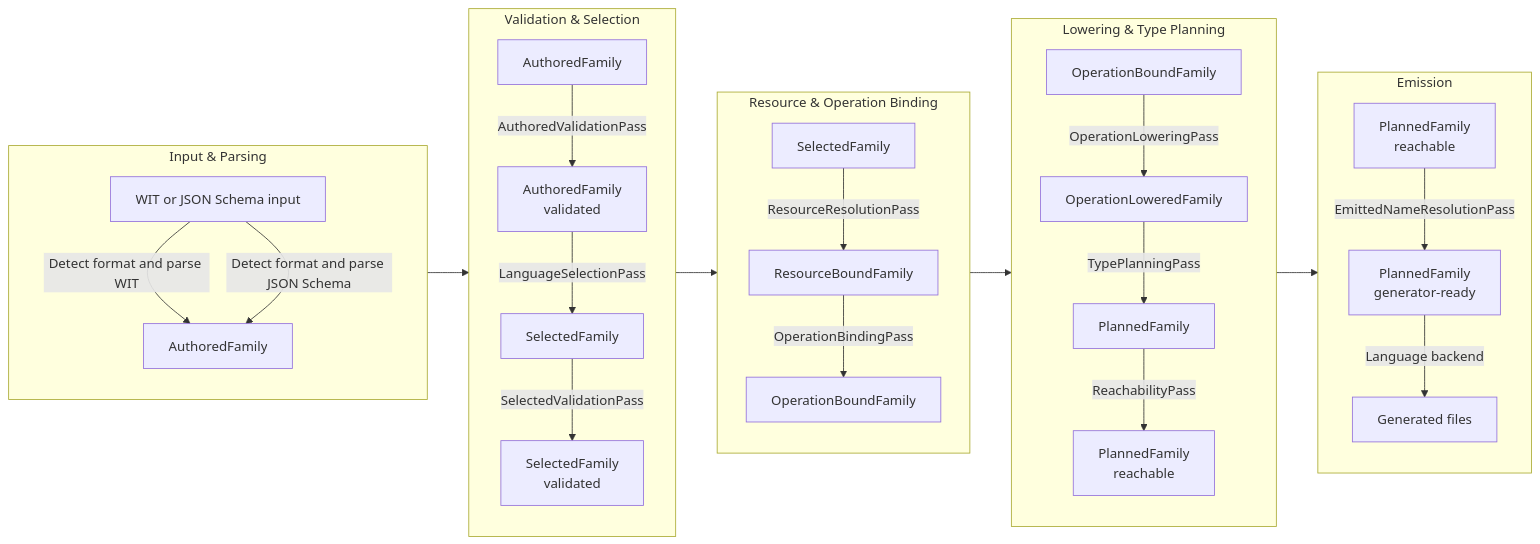
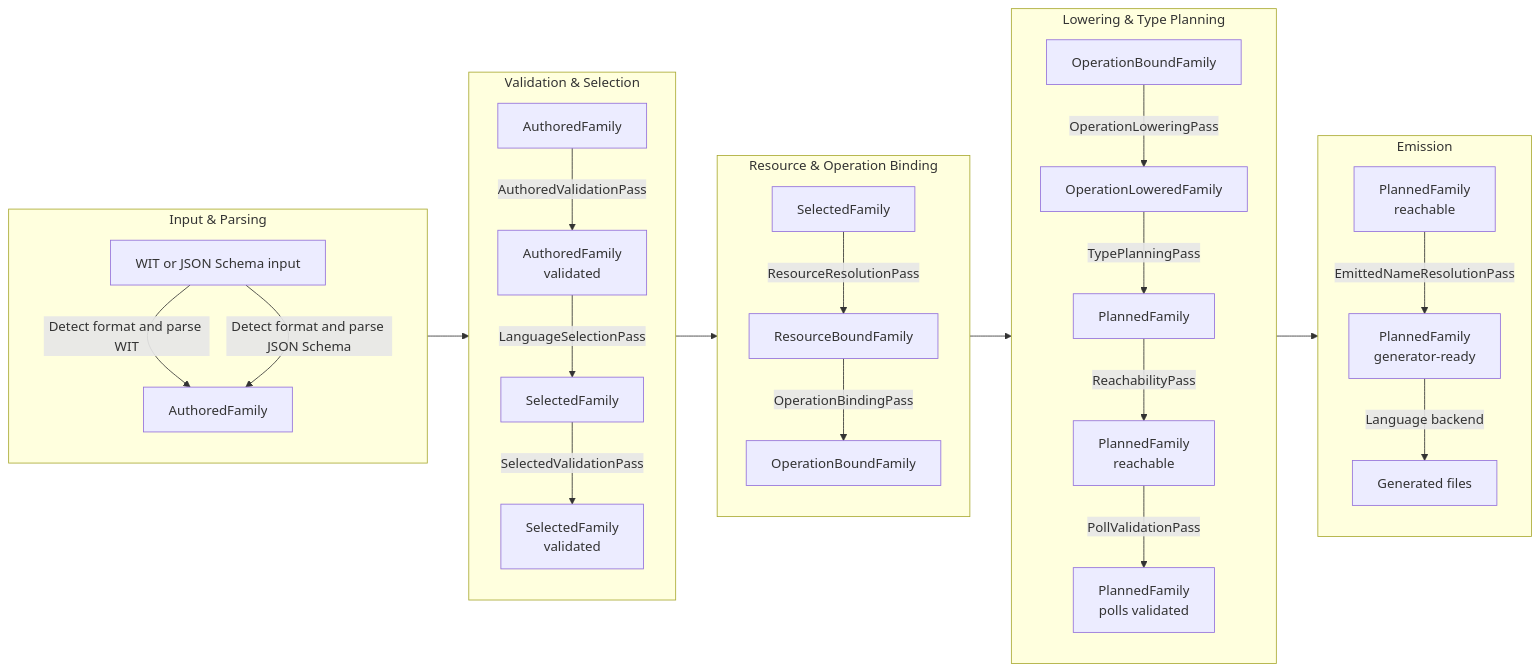
One commit to temporalio/nexgen changed the diagram in architecture.md. Above: the diagram before and after it, drawn with Mermaid. The commit also changed other lines of this file, not shown here.

Commit message:
docs: add PollValidationPass to the architecture doc

````diff
--- a/architecture.md
+++ b/architecture.md
@@ -33,60 +33,62 @@
 ```mermaid
 flowchart LR
     subgraph parse["Input & Parsing"]
         direction TB
         input[WIT or JSON Schema input]
         authored[AuthoredFamily]
 
         input -->|Detect format and parse WIT| authored
         input -->|Detect format and parse JSON Schema| authored
     end
 
     subgraph select["Validation & Selection"]
         direction TB
         authoredForBinding[AuthoredFamily]
         validated[AuthoredFamily<br/>validated]
         selected[SelectedFamily]
         selectedValidated[SelectedFamily<br/>validated]
 
         authoredForBinding -->|AuthoredValidationPass| validated
         validated -->|LanguageSelectionPass| selected
         selected -->|SelectedValidationPass| selectedValidated
     end
 
     subgraph bind["Resource & Operation Binding"]
         direction TB
         selectedForBinding[SelectedFamily]
         resourceBound[ResourceBoundFamily]
         operationBound[OperationBoundFamily]
 
         selectedForBinding -->|ResourceResolutionPass| resourceBound
         resourceBound -->|OperationBindingPass| operationBound
     end
 
     subgraph plan["Lowering & Type Planning"]
         direction TB
         operationBoundForPlanning[OperationBoundFamily]
         operationLowered[OperationLoweredFamily]
         planned[PlannedFamily]
         reachable[PlannedFamily<br/>reachable]
+        pollValidated[PlannedFamily<br/>polls validated]
 
         operationBoundForPlanning -->|OperationLoweringPass| operationLowered
         operationLowered -->|TypePlanningPass| planned
         planned -->|ReachabilityPass| reachable
+        reachable -->|PollValidationPass| pollValidated
     end
 
     subgraph emit["Emission"]
         direction TB
         reachableForEmission[PlannedFamily<br/>reachable]
         generatorReady[PlannedFamily<br/>generator-ready]
         output[Generated files]
 
         reachableForEmission -->|EmittedNameResolutionPass| generatorReady
         generatorReady -->|Language backend| output
     end
 
     authored --> authoredForBinding
     selectedValidated --> selectedForBinding
     operationBound --> operationBoundForPlanning
-    reachable --> reachableForEmission
+    pollValidated --> reachableForEmission
 ```
````
